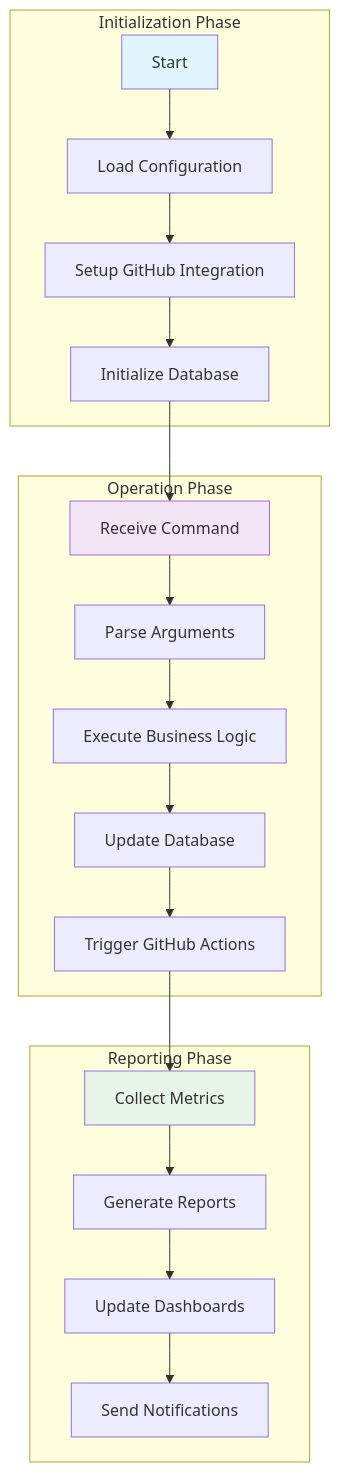
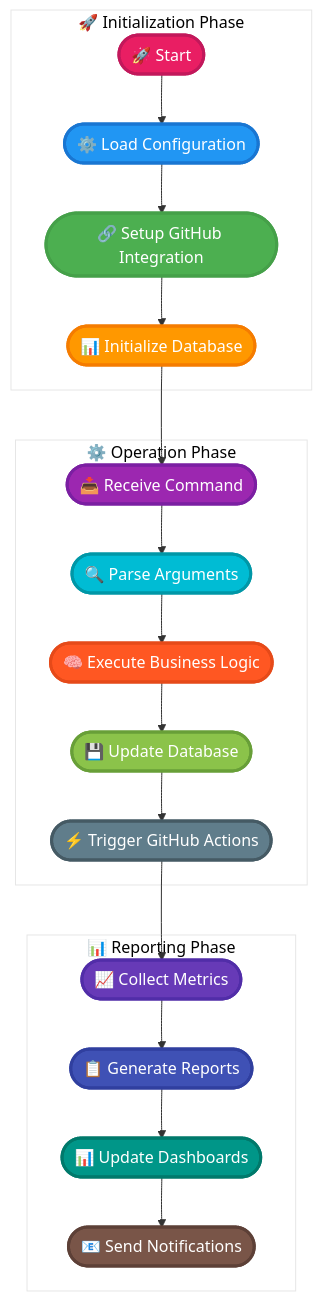
Before and after one commit to Shakour-Data/AutoProjectManagement: the sixth of 13 diagrams in README.md, drawn with Mermaid. The commit also changed other lines of this file, not shown here.

Commit message:
`Added detailed system architecture diagrams and UML diagrams to the README file.`

````diff
--- a/README.md
+++ b/README.md
@@ -124,28 +176,39 @@
 ```mermaid
+%%{init: {'theme':'base', 'themeVariables': { 'primaryColor': '#E91E63', 'primaryTextColor': '#fff', 'primaryBorderColor': '#C2185B', 'lineColor': '#333', 'secondaryColor': '#4CAF50', 'tertiaryColor': '#fff'}}}%%
 flowchart TD
-    subgraph "Initialization Phase"
-        A1[Start] --> A2[Load Configuration]
-        A2 --> A3[Setup GitHub Integration]
-        A3 --> A4[Initialize Database]
+    subgraph "🚀 Initialization Phase"
+        A1([🚀 Start]) --> A2([⚙️ Load Configuration])
+        A2 --> A3([🔗 Setup GitHub Integration])
+        A3 --> A4([📊 Initialize Database])
     end
     
-    subgraph "Operation Phase"
-        B1[Receive Command] --> B2[Parse Arguments]
-        B2 --> B3[Execute Business Logic]
-        B3 --> B4[Update Database]
-        B4 --> B5[Trigger GitHub Actions]
+    subgraph "⚙️ Operation Phase"
+        B1([📥 Receive Command]) --> B2([🔍 Parse Arguments])
+        B2 --> B3([🧠 Execute Business Logic])
+        B3 --> B4([💾 Update Database])
+        B4 --> B5([⚡ Trigger GitHub Actions])
     end
     
-    subgraph "Reporting Phase"
-        C1[Collect Metrics] --> C2[Generate Reports]
-        C2 --> C3[Update Dashboards]
-        C3 --> C4[Send Notifications]
+    subgraph "📊 Reporting Phase"
+        C1([📈 Collect Metrics]) --> C2([📋 Generate Reports])
+        C2 --> C3([📊 Update Dashboards])
+        C3 --> C4([📧 Send Notifications])
     end
     
     A4 --> B1
     B5 --> C1
     
-    style A1 fill:#e1f5fe
-    style B1 fill:#f3e5f5
-    style C1 fill:#e8f5e9
+    style A1 fill:#E91E63,stroke:#C2185B,stroke-width:3px,color:#fff
+    style A2 fill:#2196F3,stroke:#1976D2,stroke-width:3px,color:#fff
+    style A3 fill:#4CAF50,stroke:#45a049,stroke-width:3px,color:#fff
+    style A4 fill:#FF9800,stroke:#F57C00,stroke-width:3px,color:#fff
+    style B1 fill:#9C27B0,stroke:#7B1FA2,stroke-width:3px,color:#fff
+    style B2 fill:#00BCD4,stroke:#0097A7,stroke-width:3px,color:#fff
+    style B3 fill:#FF5722,stroke:#E64A19,stroke-width:3px,color:#fff
+    style B4 fill:#8BC34A,stroke:#689F38,stroke-width:3px,color:#fff
+    style B5 fill:#607D8B,stroke:#455A64,stroke-width:3px,color:#fff
+    style C1 fill:#673AB7,stroke:#512DA8,stroke-width:3px,color:#fff
+    style C2 fill:#3F51B5,stroke:#303F9F,stroke-width:3px,color:#fff
+    style C3 fill:#009688,stroke:#00796B,stroke-width:3px,color:#fff
+    style C4 fill:#795548,stroke:#5D4037,stroke-width:3px,color:#fff
 ```
````
